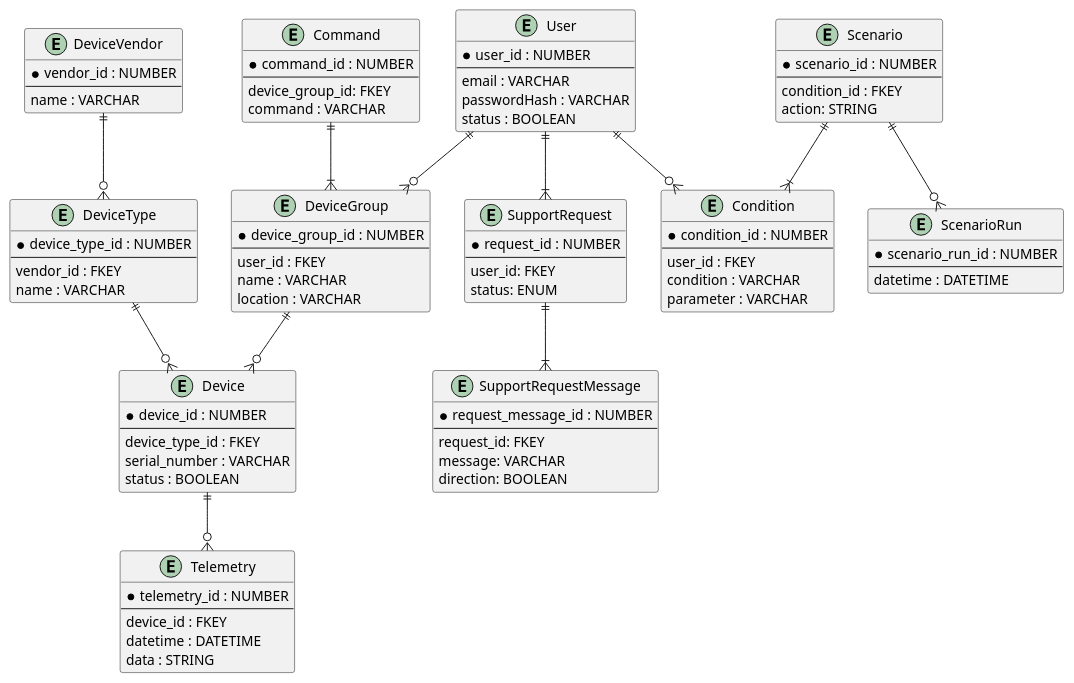
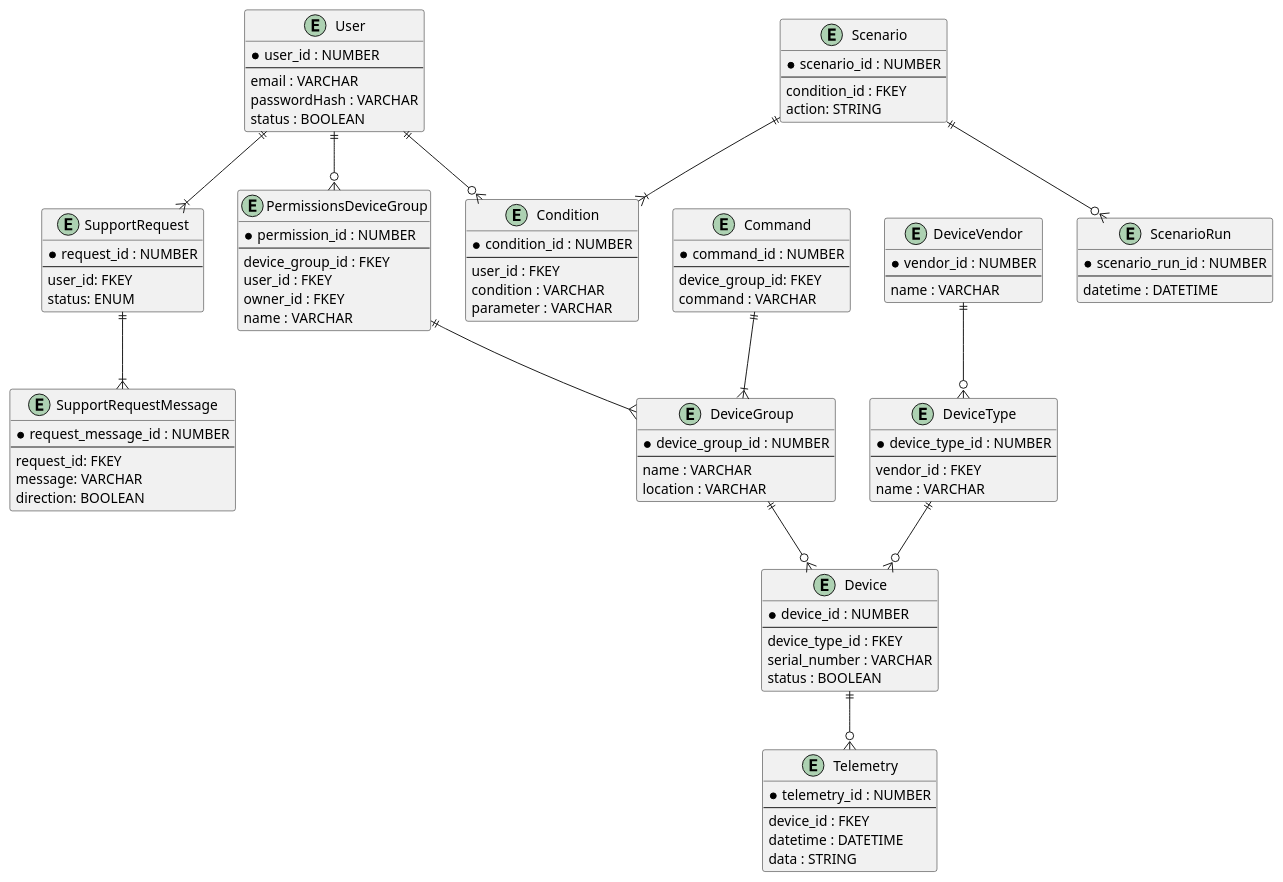
One commit to 0rgba/architecture-sprint-3 changed the diagram in task3.puml. Above: the diagram before and after it, drawn with PlantUML. The commit also changed 2 other files, not shown here.

```diff
--- a/task3.puml
+++ b/task3.puml
@@ -1,103 +1,112 @@
 @startuml
 
 entity User {
   * user_id : NUMBER
   --
   email : VARCHAR
   passwordHash : VARCHAR
   status : BOOLEAN
 }
 
 entity DeviceVendor {
   * vendor_id : NUMBER
   --
   name : VARCHAR
 }
 
 entity DeviceType {
   * device_type_id : NUMBER
   --
   vendor_id : FKEY
   name : VARCHAR
 }
 
 entity Device {
   * device_id : NUMBER
   --
   device_type_id : FKEY
   serial_number : VARCHAR
   status : BOOLEAN
 }
 
 entity DeviceGroup {
   * device_group_id : NUMBER
   --
-  user_id : FKEY
   name : VARCHAR
   location : VARCHAR
+}
+
+entity PermissionsDeviceGroup {
+  * permission_id : NUMBER
+  --
+  device_group_id : FKEY
+  user_id : FKEY
+  owner_id : FKEY
+  name : VARCHAR
 }
 
 entity Telemetry {
   * telemetry_id : NUMBER
   --
   device_id : FKEY
   datetime : DATETIME
   data : STRING
 }
 
 entity Condition {
   * condition_id : NUMBER
   --
   user_id : FKEY
   condition : VARCHAR
   parameter : VARCHAR
 }
 
 entity Scenario {
   * scenario_id : NUMBER
   --
   condition_id : FKEY
   action: STRING
 }
 
 entity ScenarioRun {
   * scenario_run_id : NUMBER
   --
   datetime : DATETIME
 }
 
 entity Command {
   * command_id : NUMBER
   --
   device_group_id: FKEY
   command : VARCHAR
 }
 
 entity SupportRequest {
   * request_id : NUMBER
   --
   user_id: FKEY
   status: ENUM
 }
 
 entity SupportRequestMessage {
   * request_message_id : NUMBER
   --
   request_id: FKEY
   message: VARCHAR
   direction: BOOLEAN
 }
 
 DeviceVendor ||--o{ DeviceType
 DeviceGroup ||--o{ Device
-User ||--o{ DeviceGroup
+User ||--o{ PermissionsDeviceGroup
+PermissionsDeviceGroup ||--{ DeviceGroup
 DeviceType ||--o{ Device
 Device ||--o{ Telemetry
 User ||--o{ Condition
 Scenario ||--|{ Condition
 Scenario ||--o{ ScenarioRun
 Command ||--|{ DeviceGroup
 User ||--|{ SupportRequest
 SupportRequest ||--|{ SupportRequestMessage
 
 @enduml
```
